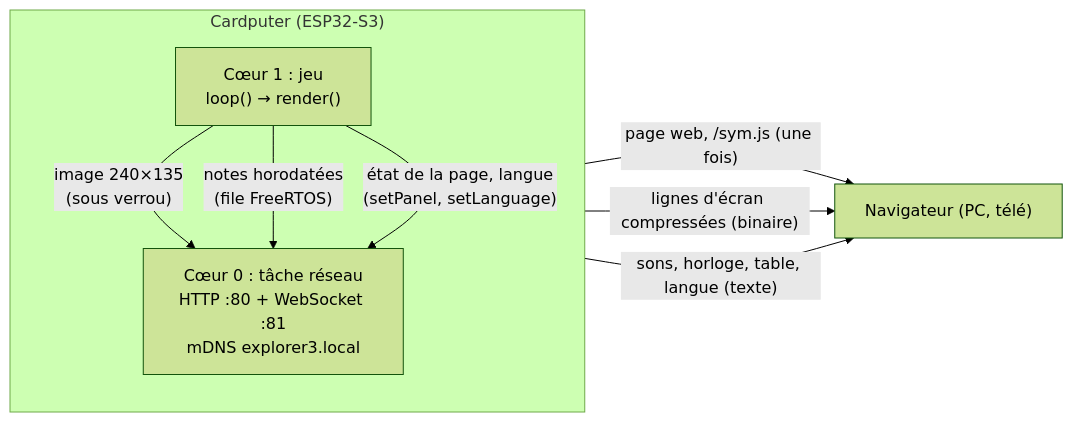
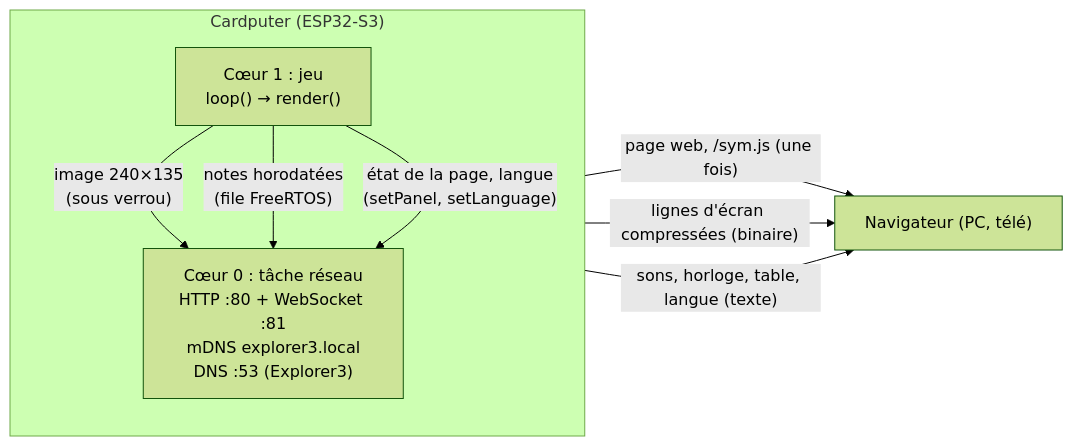
One commit to RyoSaeba89/Escape-Game-Cardputer changed the second of 2 diagrams in docs/TECHNIQUE.md. Above: the diagram before and after it, drawn with Mermaid (forest theme). The commit also changed other lines of this file and 3 other files, not shown here.

First line of the commit message:
Réseau Explorer3 : portail captif, la page s'ouvre même avec la 4G

````diff
--- a/docs/TECHNIQUE.md
+++ b/docs/TECHNIQUE.md
@@ -263,13 +263,13 @@
 ```mermaid
 flowchart LR
     subgraph Cardputer["Cardputer (ESP32-S3)"]
         direction TB
         G["Cœur 1 : jeu<br/>loop() → render()"] -->|"image 240×135<br/>(sous verrou)"| N
         G -->|"notes horodatées<br/>(file FreeRTOS)"| N
         G -->|"état de la page, langue<br/>(setPanel, setLanguage)"| N
-        N["Cœur 0 : tâche réseau<br/>HTTP :80 + WebSocket :81<br/>mDNS explorer3.local"]
+        N["Cœur 0 : tâche réseau<br/>HTTP :80 + WebSocket :81<br/>mDNS explorer3.local<br/>DNS :53 (Explorer3)"]
     end
     N -->|"page web, /sym.js (une fois)"| B["Navigateur (PC, télé)"]
     N -->|"lignes d'écran compressées (binaire)"| B
     N -->|"sons, horloge, table, langue (texte)"| B
 ```
````
